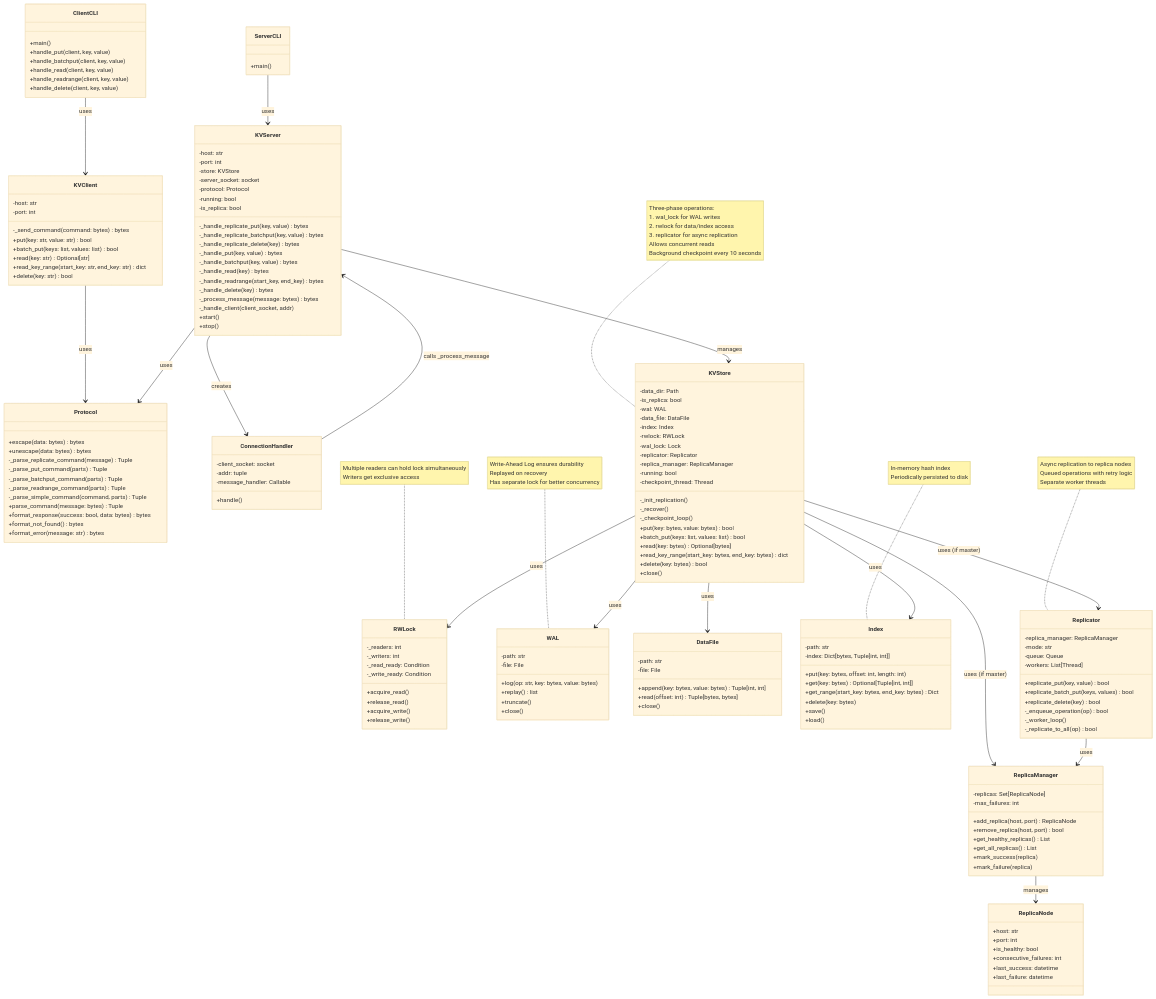
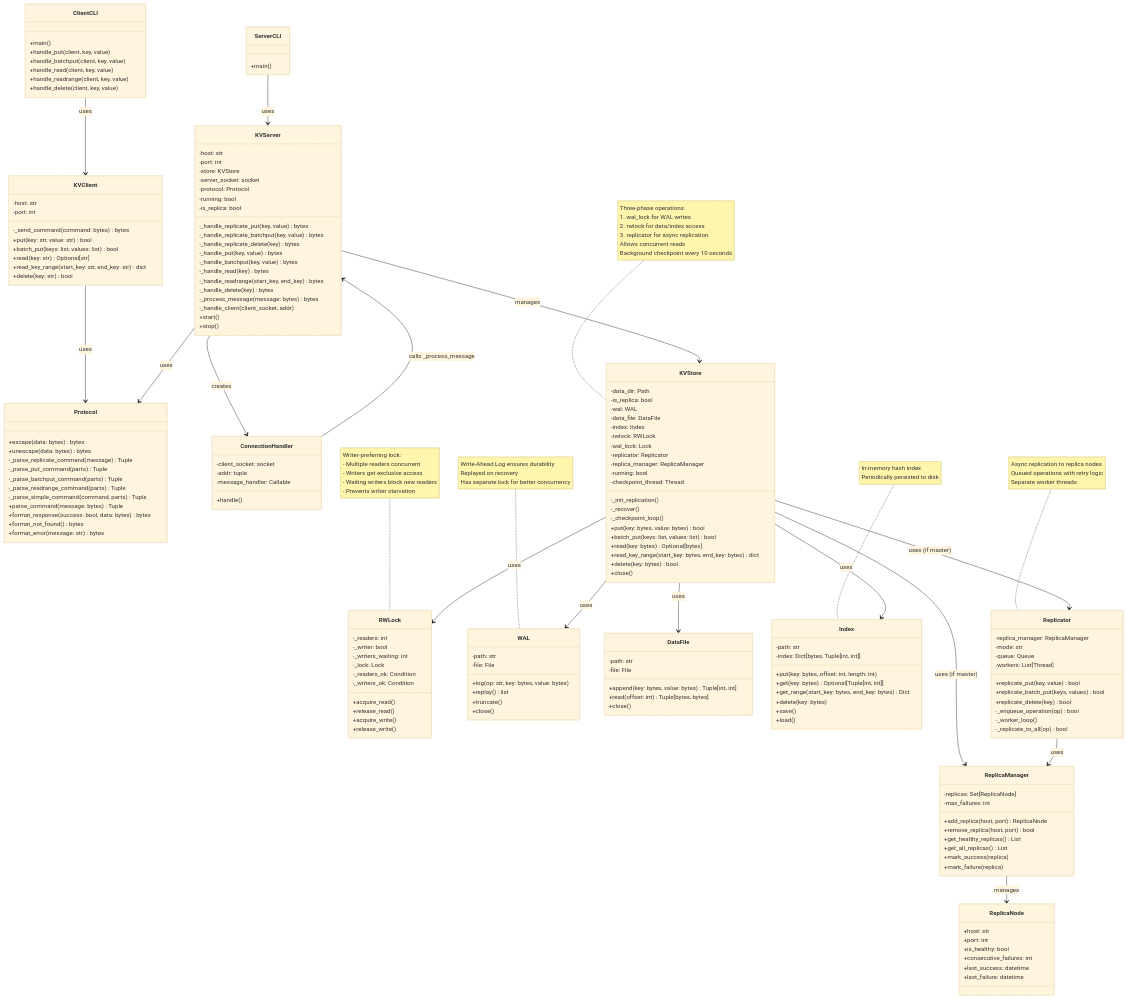
Before and after one commit to alvoron/kvstore: the first of 5 diagrams in docs/ARCHITECTURE.md, drawn with Mermaid (base theme). The commit also changed other lines of this file and 2 other files, not shown here.

Commit message:
feat: implement writer-preferring RWLock to prevent writer starvation

```diff
--- a/docs/ARCHITECTURE.md
+++ b/docs/ARCHITECTURE.md
@@ -121,9 +121,11 @@
     
     class RWLock {
         -_readers: int
-        -_writers: int
-        -_read_ready: Condition
-        -_write_ready: Condition
+        -_writer: bool
+        -_writers_waiting: int
+        -_lock: Lock
+        -_readers_ok: Condition
+        -_writers_ok: Condition
         +acquire_read()
         +release_read()
         +acquire_write()
@@ -214,7 +216,7 @@
     
     %% Notes
     note for KVStore "Three-phase operations:<br/>1. wal_lock for WAL writes<br/>2. rwlock for data/index access<br/>3. replicator for async replication<br/>Allows concurrent reads<br/>Background checkpoint every 10 seconds"
-    note for RWLock "Multiple readers can hold lock simultaneously<br/>Writers get exclusive access"
+    note for RWLock "Writer-preferring lock:<br/>- Multiple readers concurrent<br/>- Writers get exclusive access<br/>- Waiting writers block new readers<br/>- Prevents writer starvation"
     note for WAL "Write-Ahead Log ensures durability<br/>Replayed on recovery<br/>Has separate lock for better concurrency"
     note for Index "In-memory hash index<br/>Periodically persisted to disk"
     note for Replicator "Async replication to replica nodes<br/>Queued operations with retry logic<br/>Separate worker threads"
```
